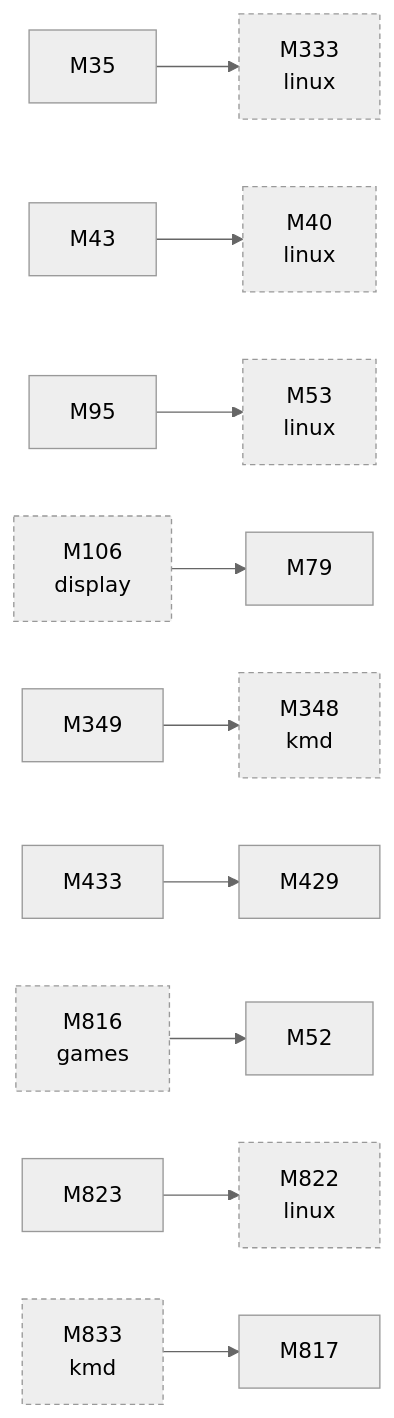
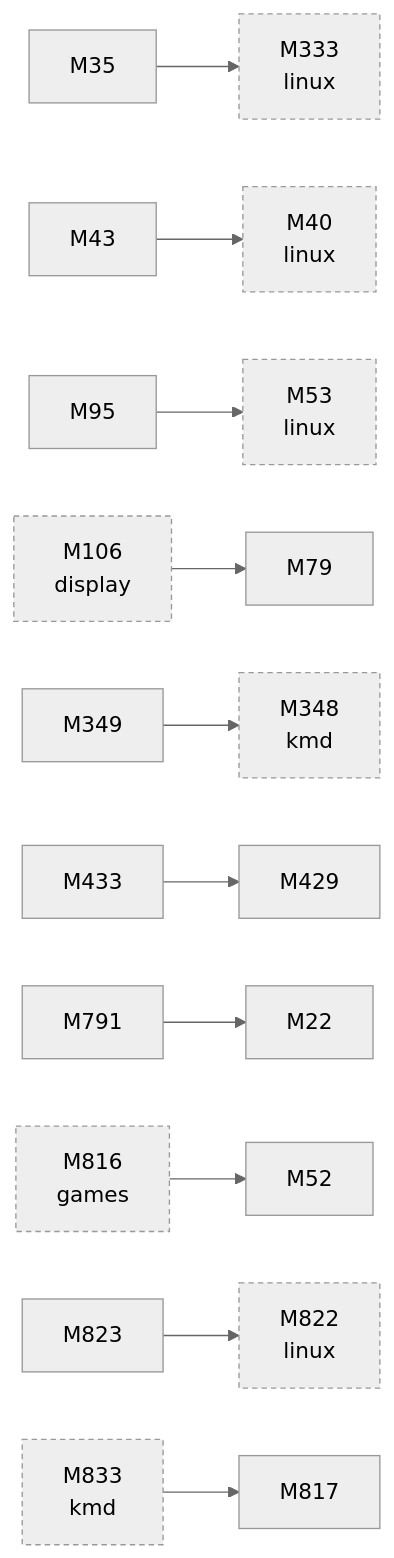
The third of 3 diagrams in docs/facts/graphs/hardware.md (D-Ogi/amdgpu-wddm), drawn with Mermaid (neutral theme) before and after one commit. The commit also changed 34 other files, not shown here.

````diff
--- a/docs/facts/graphs/hardware.md
+++ b/docs/facts/graphs/hardware.md
@@ -195,32 +194,35 @@
 ```mermaid
 flowchart LR
+  M22["M22"]
   M35["M35"]
   M40["M40<br/>linux"]
   M43["M43"]
   M52["M52"]
   M53["M53<br/>linux"]
   M79["M79"]
   M95["M95"]
   M106["M106<br/>display"]
   M333["M333<br/>linux"]
   M348["M348<br/>kmd"]
   M349["M349"]
   M429["M429"]
   M433["M433"]
+  M791["M791"]
   M816["M816<br/>games"]
   M817["M817"]
   M822["M822<br/>linux"]
   M823["M823"]
   M833["M833<br/>kmd"]
   M35 --> M333
   M43 --> M40
   M95 --> M53
   M349 --> M348
   M433 --> M429
+  M791 --> M22
   M823 --> M822
   M833 --> M817
   M106 --> M79
   M816 --> M52
   classDef other stroke-dasharray:4 3
   class M40,M53,M106,M333,M348,M816,M822,M833 other
 ```
````
